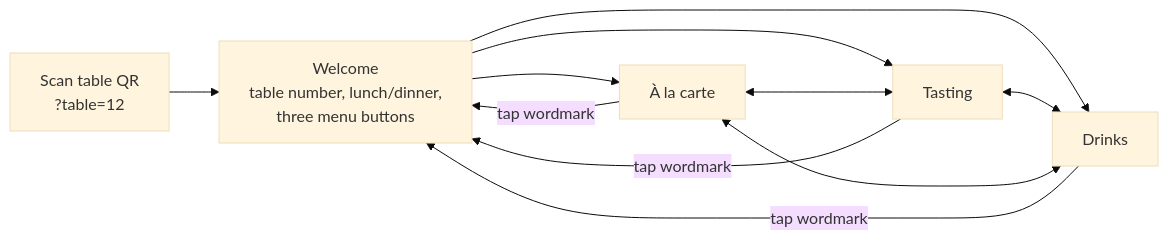
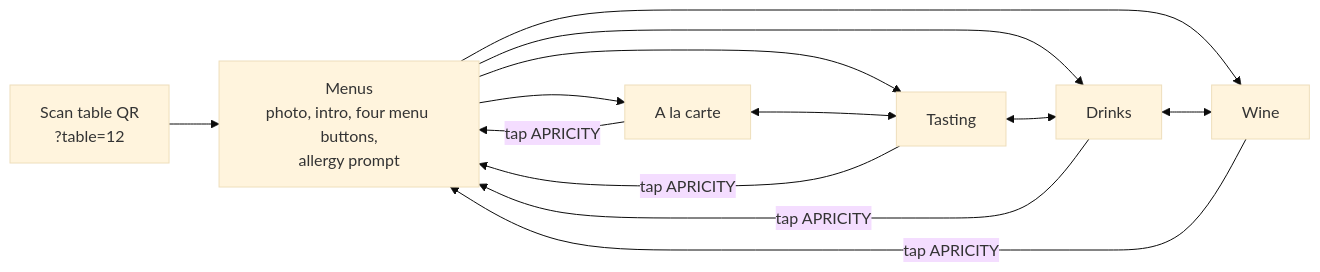
One commit to lululaplap/apricity-mocks changed the diagram in README.md. Above: the diagram before and after it, drawn with Mermaid (base theme). The commit also changed other lines of this file and 4 other files, not shown here.

````diff
--- a/README.md
+++ b/README.md
@@ -12,11 +27,10 @@
 ```mermaid
 flowchart LR
-  QR[Scan table QR<br/>?table=12] --> W[Welcome<br/>table number, lunch/dinner,<br/>three menu buttons]
-  W --> A[À la carte]
+  QR[Scan table QR<br/>?table=12] --> W[Menus<br/>photo, intro, four menu buttons,<br/>allergy prompt]
+  W --> A[A la carte]
   W --> T[Tasting]
   W --> D[Drinks]
-  A <--> T
-  T <--> D
-  A <--> D
-  A & T & D -->|tap wordmark| W
+  W --> V[Wine]
+  A <--> T <--> D <--> V
+  A & T & D & V -->|tap APRICITY| W
 ```
````
